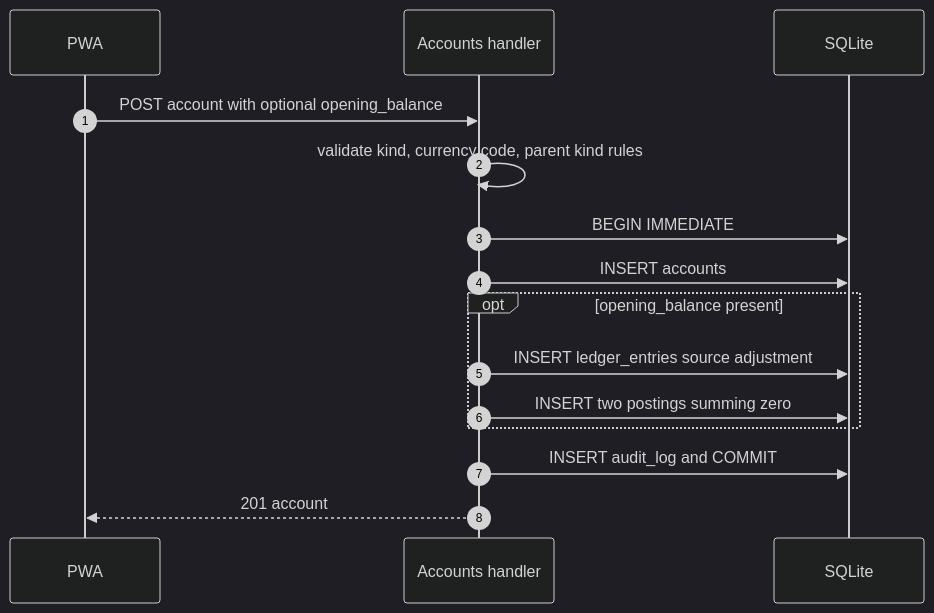
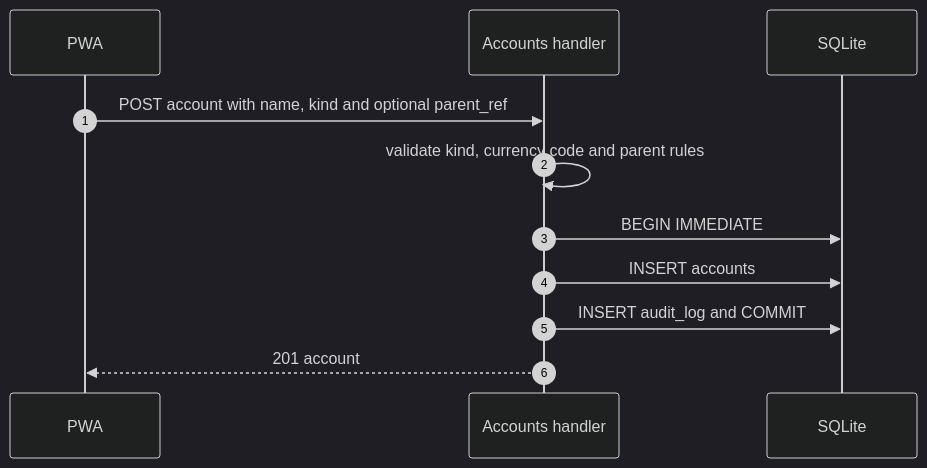
Before and after one commit to dimasbaguspm/spenicle: the fourth of 20 diagrams in docs/v2-api.md, drawn with Mermaid (dark theme). The commit also changed other lines of this file and 68 other files, not shown here.

````diff
--- a/docs/v2-api.md
+++ b/docs/v2-api.md
@@ -700,17 +710,13 @@
 ```mermaid
 sequenceDiagram
     autonumber
     participant UI as PWA
     participant API as Accounts handler
     participant DB as SQLite
-    UI->>API: POST account with optional opening_balance
-    API->>API: validate kind, currency code, parent kind rules
+    UI->>API: POST account with name, kind and optional parent_ref
+    API->>API: validate kind, currency code and parent rules
     API->>DB: BEGIN IMMEDIATE
     API->>DB: INSERT accounts
-    opt opening_balance present
-        API->>DB: INSERT ledger_entries source adjustment
-        API->>DB: INSERT two postings summing zero
-    end
     API->>DB: INSERT audit_log and COMMIT
     API-->>UI: 201 account
 ```
````
